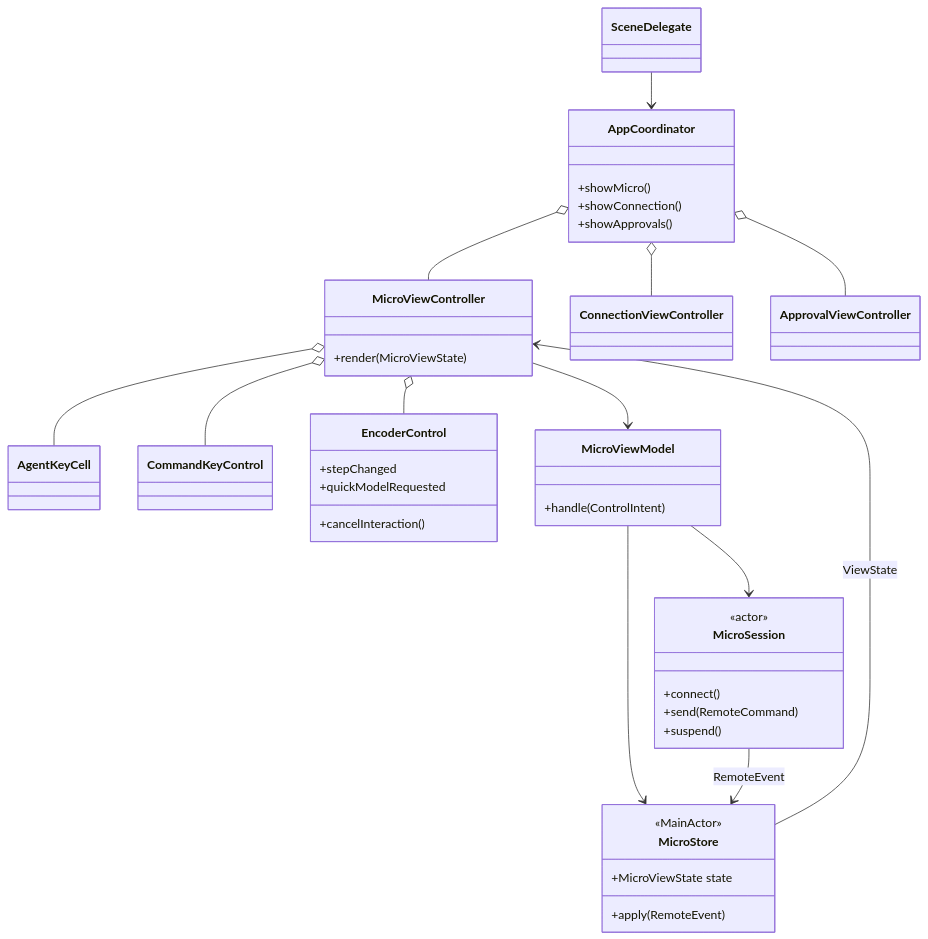
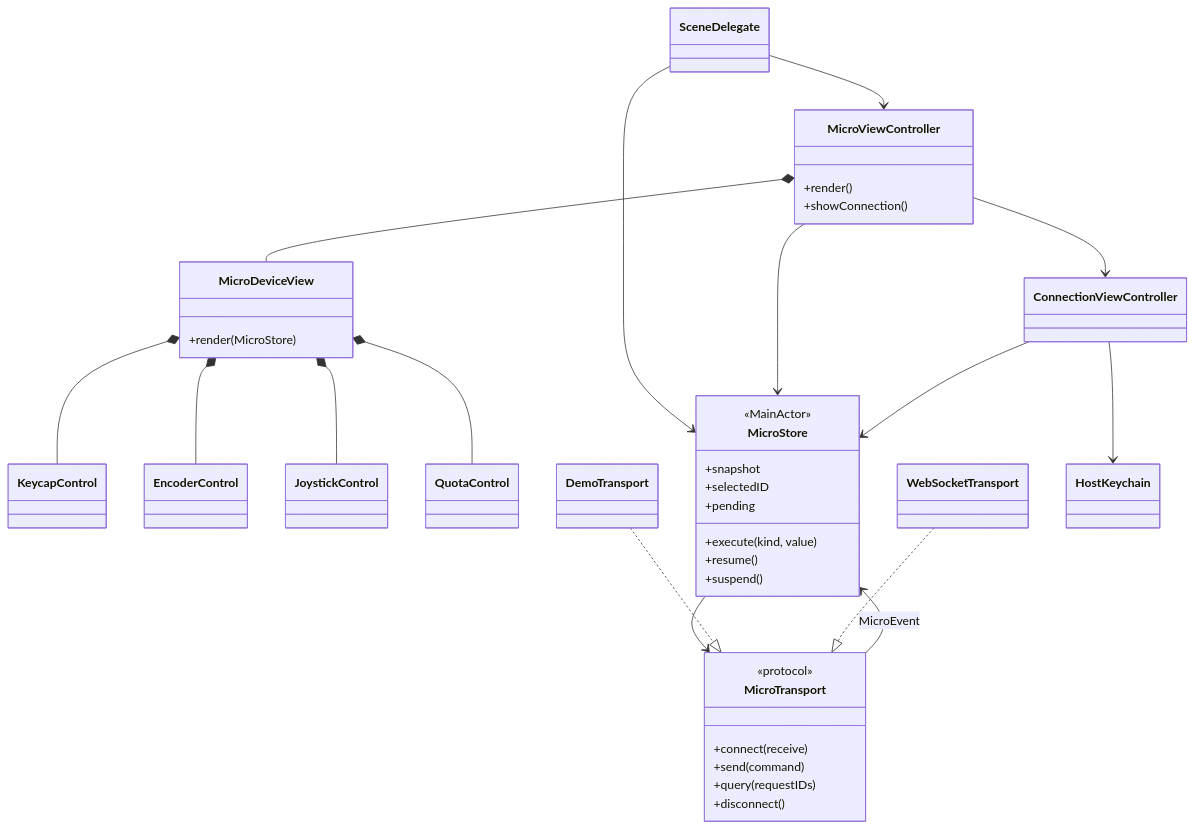
The second of 7 diagrams in docs/architecture/ios-uikit.zh-CN.md (gantrol/codex-micro-monitor), drawn with Mermaid before and after one commit. The commit also changed other lines of this file and 33 other files, not shown here.

Commit message:
chore: preserve historical UIKit prototype outside desktop roadmap

````diff
--- a/docs/architecture/ios-uikit.zh-CN.md
+++ b/docs/architecture/ios-uikit.zh-CN.md
@@ -82,47 +88,50 @@
 ```mermaid
 classDiagram
     class SceneDelegate
-    class AppCoordinator {
-        +showMicro()
+    class MicroViewController {
+        +render()
         +showConnection()
-        +showApprovals()
     }
-    class MicroViewController {
-        +render(MicroViewState)
+    class MicroDeviceView {
+        +render(MicroStore)
     }
     class ConnectionViewController
-    class ApprovalViewController
-    class AgentKeyCell
-    class CommandKeyControl
-    class EncoderControl {
-        +stepChanged
-        +quickModelRequested
-        +cancelInteraction()
-    }
-    class MicroViewModel {
-        +handle(ControlIntent)
-    }
+    class KeycapControl
+    class EncoderControl
+    class JoystickControl
+    class QuotaControl
     class MicroStore {
         <<MainActor>>
-        +MicroViewState state
-        +apply(RemoteEvent)
-    }
-    class MicroSession {
-        <<actor>>
-        +connect()
-        +send(RemoteCommand)
+        +snapshot
+        +selectedID
+        +pending
+        +execute(kind, value)
+        +resume()
         +suspend()
     }
-    SceneDelegate --> AppCoordinator
-    AppCoordinator o-- MicroViewController
-    AppCoordinator o-- ConnectionViewController
-    AppCoordinator o-- ApprovalViewController
-    MicroViewController o-- AgentKeyCell
-    MicroViewController o-- CommandKeyControl
-    MicroViewController o-- EncoderControl
-    MicroViewController --> MicroViewModel
-    MicroViewModel --> MicroStore
-    MicroViewModel --> MicroSession
-    MicroSession --> MicroStore : RemoteEvent
-    MicroStore --> MicroViewController : ViewState
+    class MicroTransport {
+        <<protocol>>
+        +connect(receive)
+        +send(command)
+        +query(requestIDs)
+        +disconnect()
+    }
+    class DemoTransport
+    class WebSocketTransport
+    class HostKeychain
+    SceneDelegate --> MicroStore
+    SceneDelegate --> MicroViewController
+    MicroViewController *-- MicroDeviceView
+    MicroViewController --> ConnectionViewController
+    MicroViewController --> MicroStore
+    MicroDeviceView *-- KeycapControl
+    MicroDeviceView *-- EncoderControl
+    MicroDeviceView *-- JoystickControl
+    MicroDeviceView *-- QuotaControl
+    ConnectionViewController --> MicroStore
+    ConnectionViewController --> HostKeychain
+    MicroStore --> MicroTransport
+    DemoTransport ..|> MicroTransport
+    WebSocketTransport ..|> MicroTransport
+    MicroTransport --> MicroStore : MicroEvent
 ```
````
